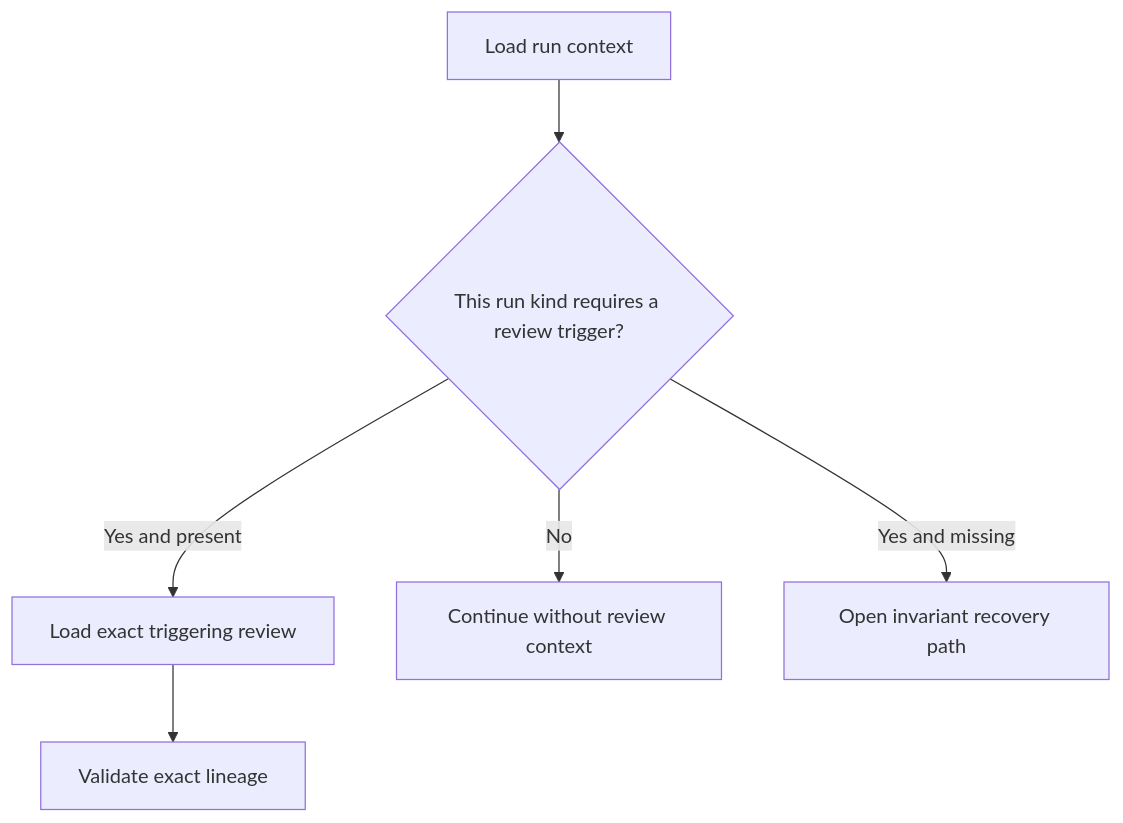
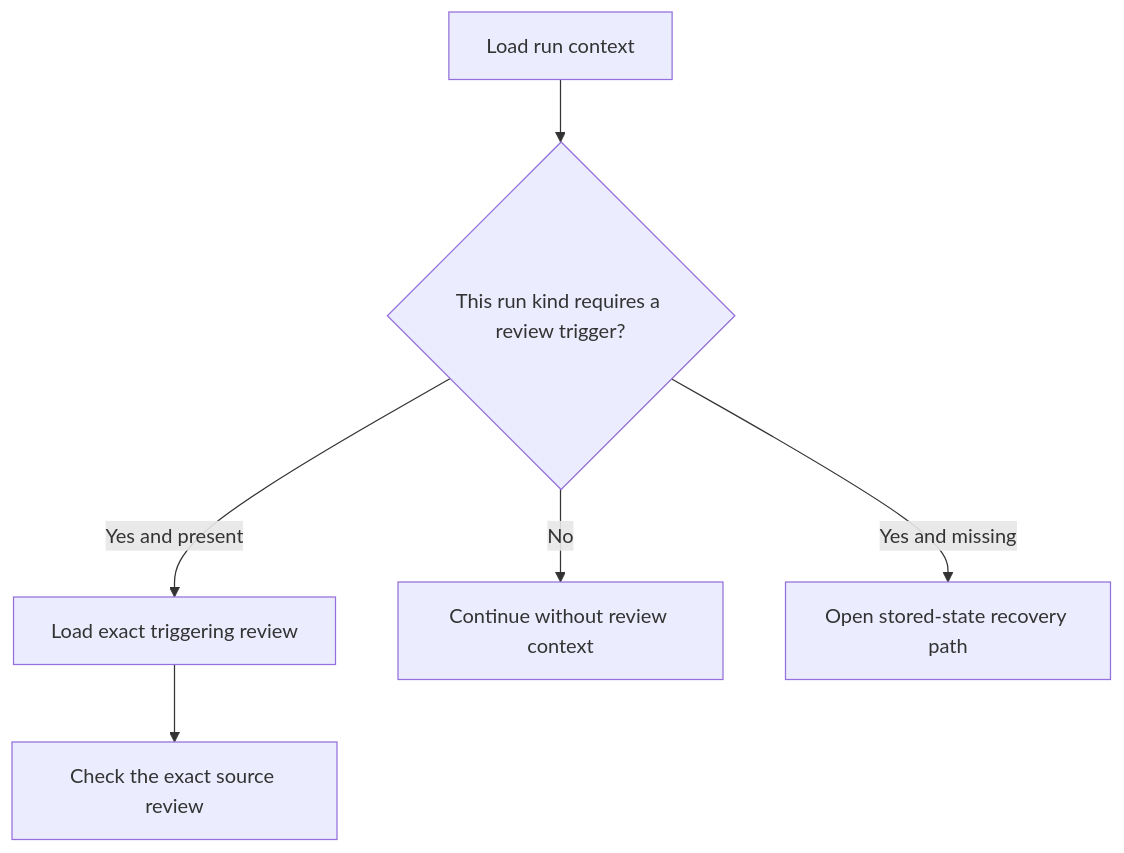
Diagram 20 of 29 in docs/superpowers/plans/2026-08-08-noema-practical-reliability-roadmap.md (kpsuperplane/Noema), drawn with Mermaid before and after one commit. The commit also changed other lines of this file, not shown here.

Commit message:
docs: make plain code the first roadmap phase

````diff
--- a/docs/superpowers/plans/2026-08-08-noema-practical-reliability-roadmap.md
+++ b/docs/superpowers/plans/2026-08-08-noema-practical-reliability-roadmap.md
@@ -766,14 +1184,14 @@
 ```mermaid
 flowchart TD
     A["Load run context"]
     B{"This run kind requires a review trigger?"}
     C["Load exact triggering review"]
     D["Continue without review context"]
-    E["Open invariant recovery path"]
-    F["Validate exact lineage"]
+    E["Open stored-state recovery path"]
+    F["Check the exact source review"]
 
     A --> B
     B -->|No| D
     B -->|Yes and present| C --> F
     B -->|Yes and missing| E
 ```
````
